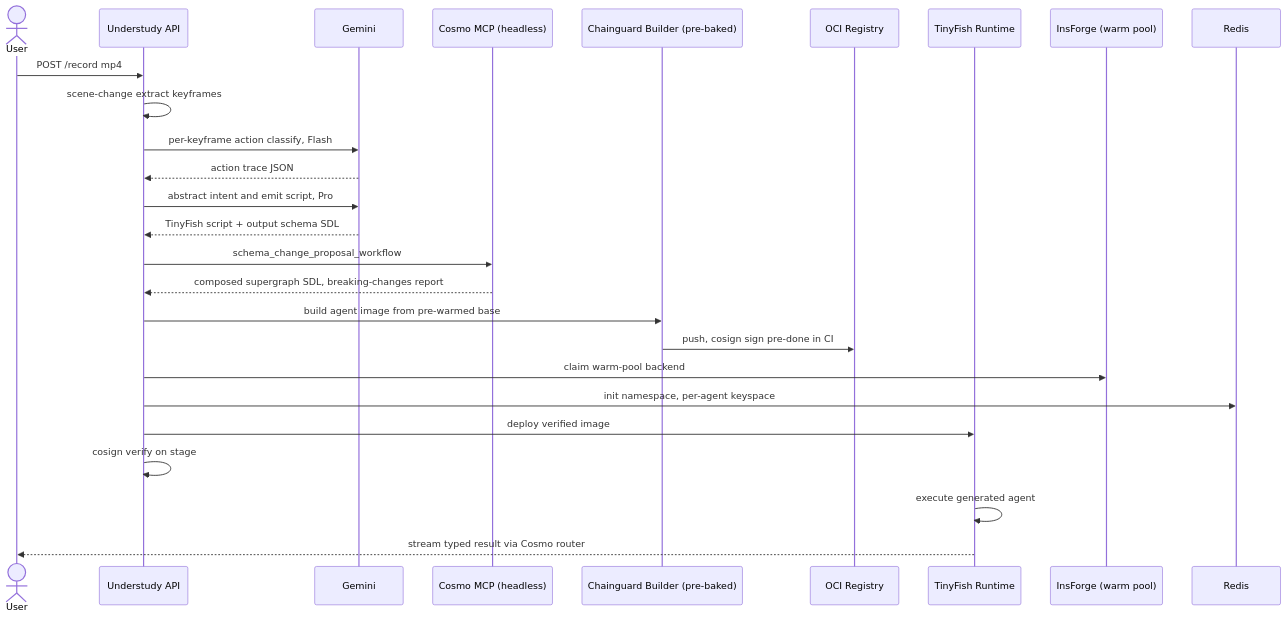
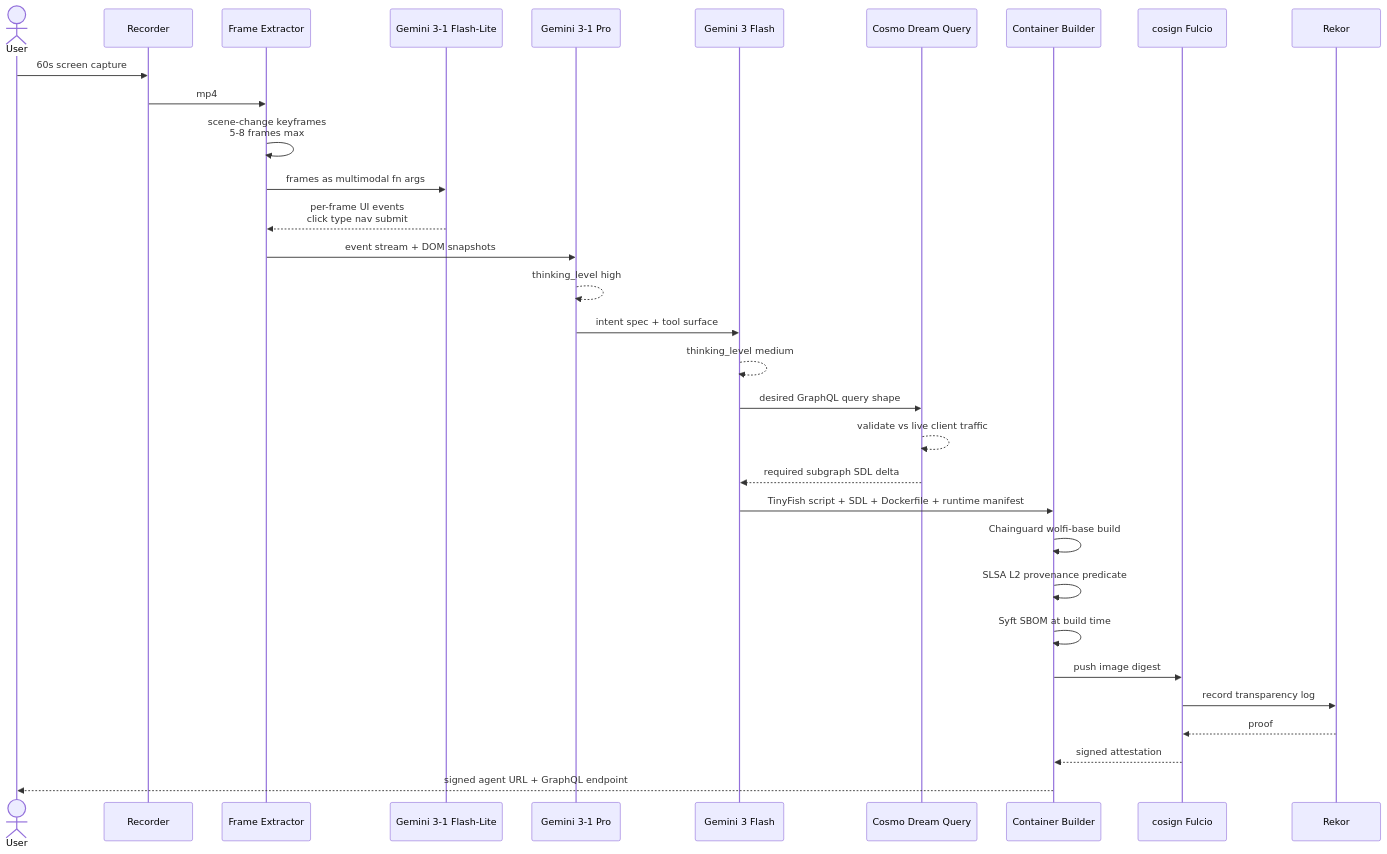
The second of 9 diagrams in architecture.md (nihalnihalani/understudy), drawn with Mermaid before and after one commit. The commit also changed other lines of this file and 1 other file, not shown here.

````diff
--- a/architecture.md
+++ b/architecture.md
@@ -70,29 +112,35 @@
 ```mermaid
 sequenceDiagram
     actor U as User
-    participant API as Understudy API
-    participant GEM as Gemini
-    participant MCP as Cosmo MCP (headless)
-    participant CG as Chainguard Builder (pre-baked)
-    participant REG as OCI Registry
-    participant TF as TinyFish Runtime
-    participant IF as InsForge (warm pool)
-    participant RD as Redis
+    participant REC as Recorder
+    participant FRM as Frame Extractor
+    participant GL as Gemini 3-1 Flash-Lite
+    participant GP as Gemini 3-1 Pro
+    participant GF as Gemini 3 Flash
+    participant CM as Cosmo Dream Query
+    participant CB as Container Builder
+    participant CS as cosign Fulcio
+    participant RK as Rekor
 
-    U->>API: POST /record mp4
-    API->>API: scene-change extract keyframes
-    API->>GEM: per-keyframe action classify, Flash
-    GEM-->>API: action trace JSON
-    API->>GEM: abstract intent and emit script, Pro
-    GEM-->>API: TinyFish script + output schema SDL
-    API->>MCP: schema_change_proposal_workflow
-    MCP-->>API: composed supergraph SDL, breaking-changes report
-    API->>CG: build agent image from pre-warmed base
-    CG->>REG: push, cosign sign pre-done in CI
-    API->>IF: claim warm-pool backend
-    API->>RD: init namespace, per-agent keyspace
-    API->>TF: deploy verified image
-    API->>API: cosign verify on stage
-    TF->>TF: execute generated agent
-    TF-->>U: stream typed result via Cosmo router
+    U->>REC: 60s screen capture
+    REC->>FRM: mp4
+    FRM->>FRM: scene-change keyframes<br/>5-8 frames max
+    FRM->>GL: frames as multimodal fn args
+    GL-->>FRM: per-frame UI events<br/>click type nav submit
+    FRM->>GP: event stream + DOM snapshots
+    GP-->>GP: thinking_level high
+    GP->>GF: intent spec + tool surface
+    GF-->>GF: thinking_level medium
+    GF->>CM: desired GraphQL query shape
+    CM-->>CM: validate vs live client traffic
+    CM-->>GF: required subgraph SDL delta
+    GF->>CB: TinyFish script + SDL + Dockerfile + runtime manifest
+    CB->>CB: Chainguard wolfi-base build
+    CB->>CB: SLSA L2 provenance predicate
+    CB->>CB: Syft SBOM at build time
+    CB->>CS: push image digest
+    CS->>RK: record transparency log
+    RK-->>CS: proof
+    CS-->>CB: signed attestation
+    CB-->>U: signed agent URL + GraphQL endpoint
 ```
````
